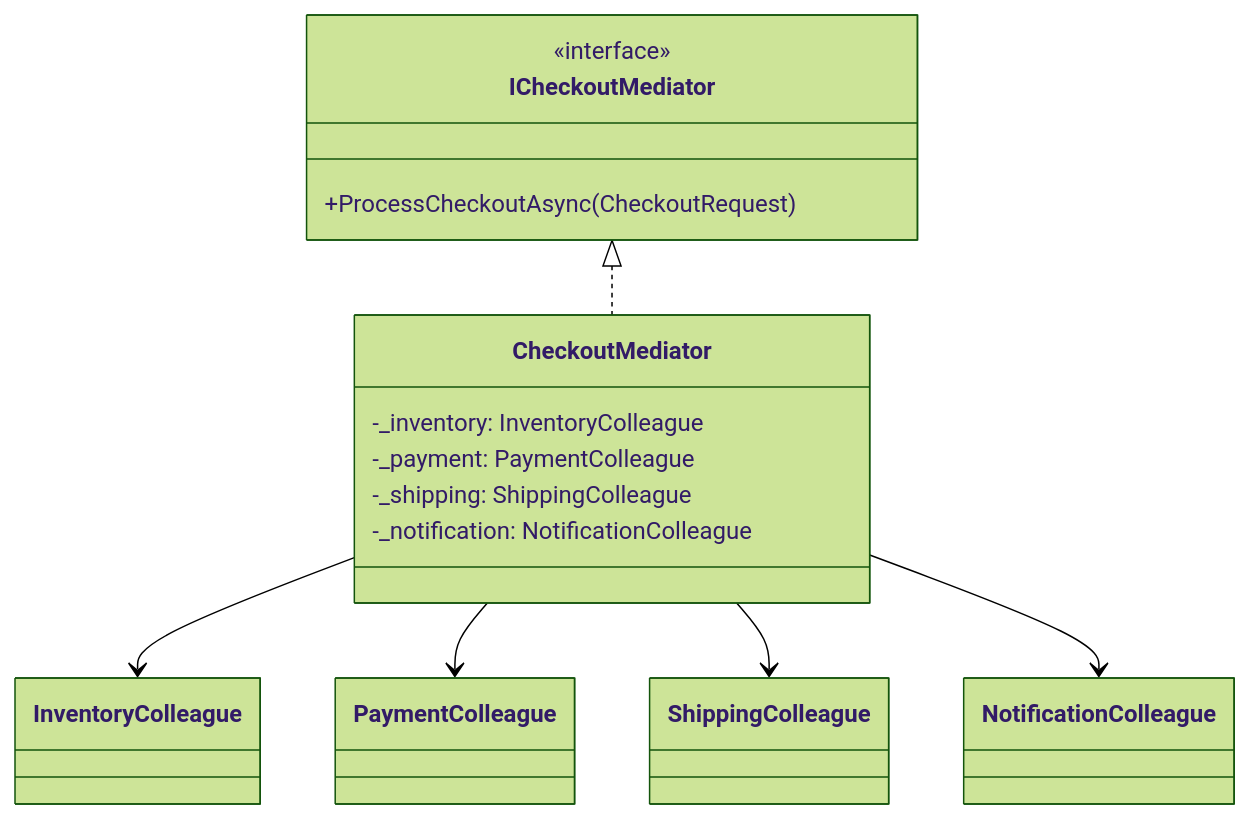
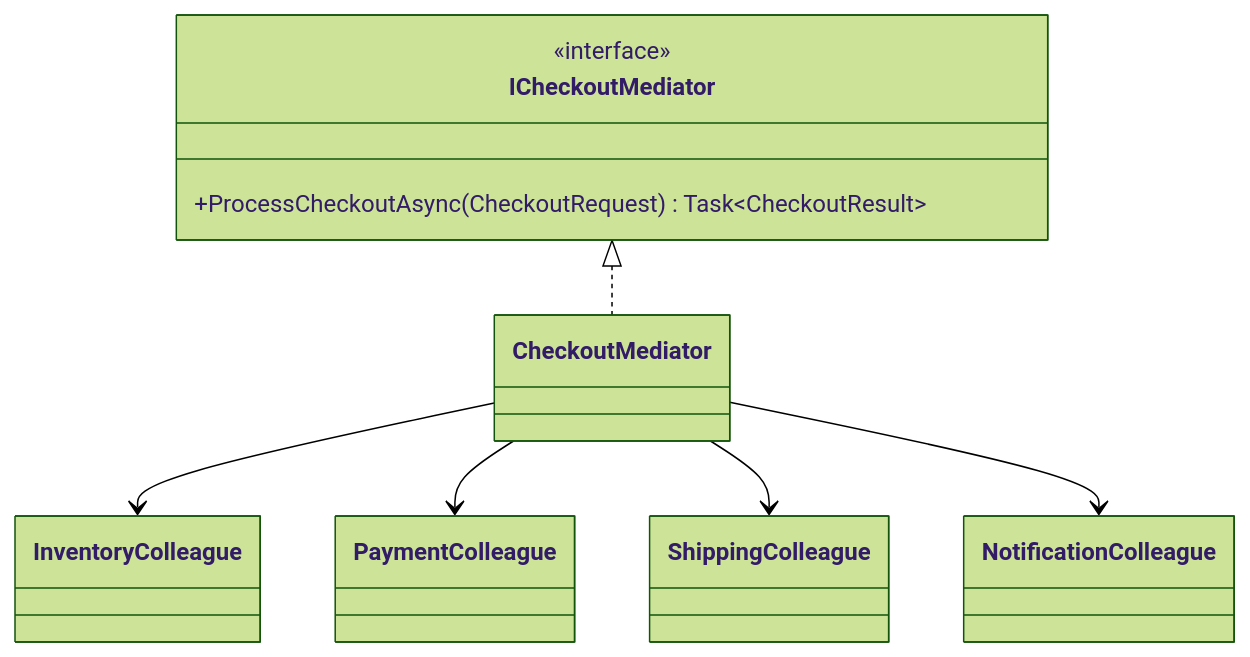
One commit to senapatisantosh/DotnetAdvanceDesignPattern changed the first of 2 diagrams in src/DesignPatterns.Behavioral/Mediator/README.md. Above: the diagram before and after it, drawn with Mermaid (forest theme). The commit also changed other lines of this file and 12 other files, not shown here.

````diff
--- a/src/DesignPatterns.Behavioral/Mediator/README.md
+++ b/src/DesignPatterns.Behavioral/Mediator/README.md
@@ -67,23 +74,18 @@
 ```mermaid
 classDiagram
     class ICheckoutMediator {
         <<interface>>
-        +ProcessCheckoutAsync(CheckoutRequest)
+        +ProcessCheckoutAsync(CheckoutRequest) Task~CheckoutResult~
     }
-    class CheckoutMediator {
-        -_inventory: InventoryColleague
-        -_payment: PaymentColleague
-        -_shipping: ShippingColleague
-        -_notification: NotificationColleague
-    }
+    class CheckoutMediator
     class InventoryColleague
     class PaymentColleague
     class ShippingColleague
     class NotificationColleague
 
     ICheckoutMediator <|.. CheckoutMediator
     CheckoutMediator --> InventoryColleague
     CheckoutMediator --> PaymentColleague
     CheckoutMediator --> ShippingColleague
     CheckoutMediator --> NotificationColleague
 ```
````
